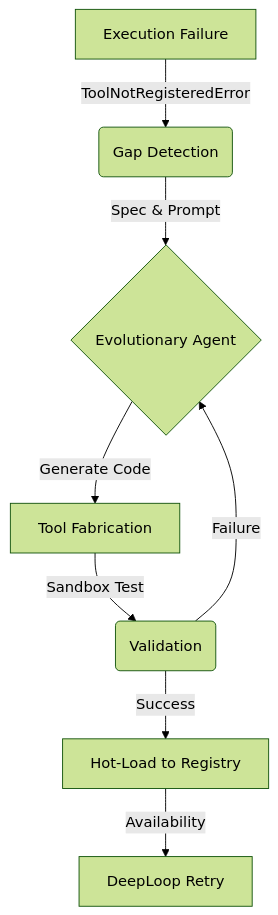
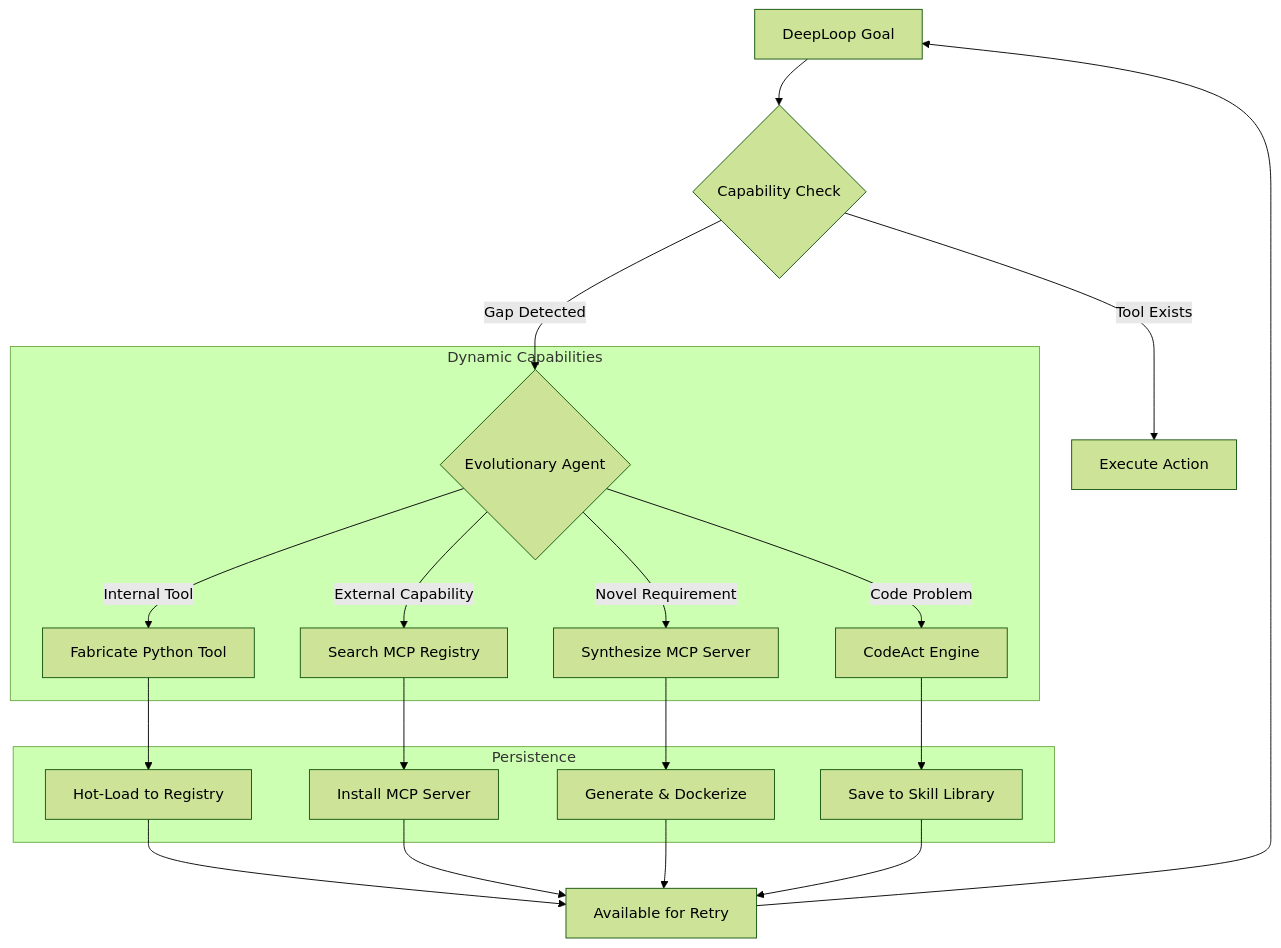
The diagram in docs/evolution.md (paulklemstine/L.O.V.E), drawn with Mermaid (forest theme) before and after one commit. The commit also changed other lines of this file and 3 other files, not shown here.

First line of the commit message:
docs: Update documentation for Open Agentic Web architecture

````diff
--- a/docs/evolution.md
+++ b/docs/evolution.md
@@ -7,10 +7,23 @@
 ```mermaid
 graph TD
-    A[Execution Failure] -->|ToolNotRegisteredError| B(Gap Detection)
-    B -->|Spec & Prompt| C{Evolutionary Agent}
-    C -->|Generate Code| D[Tool Fabrication]
-    D -->|Sandbox Test| E(Validation)
-    E -->|Success| F[Hot-Load to Registry]
-    E -->|Failure| C
-    F -->|Availability| G[DeepLoop Retry]
+    A[DeepLoop Goal] --> B{Capability Check}
+    B -->|Tool Exists| C[Execute Action]
+    B -->|Gap Detected| D{Evolutionary Agent}
+    
+    subgraph "Dynamic Capabilities"
+    D -->|Internal Tool| E[Fabricate Python Tool]
+    D -->|External Capability| F[Search MCP Registry]
+    D -->|Novel Requirement| G[Synthesize MCP Server]
+    D -->|Code Problem| H[CodeAct Engine]
+    end
+    
+    subgraph "Persistence"
+    E --> I[Hot-Load to Registry]
+    F --> J[Install MCP Server]
+    G --> K[Generate & Dockerize]
+    H --> L[Save to Skill Library]
+    end
+    
+    I & J & K & L --> M[Available for Retry]
+    M --> A
 ```
````
